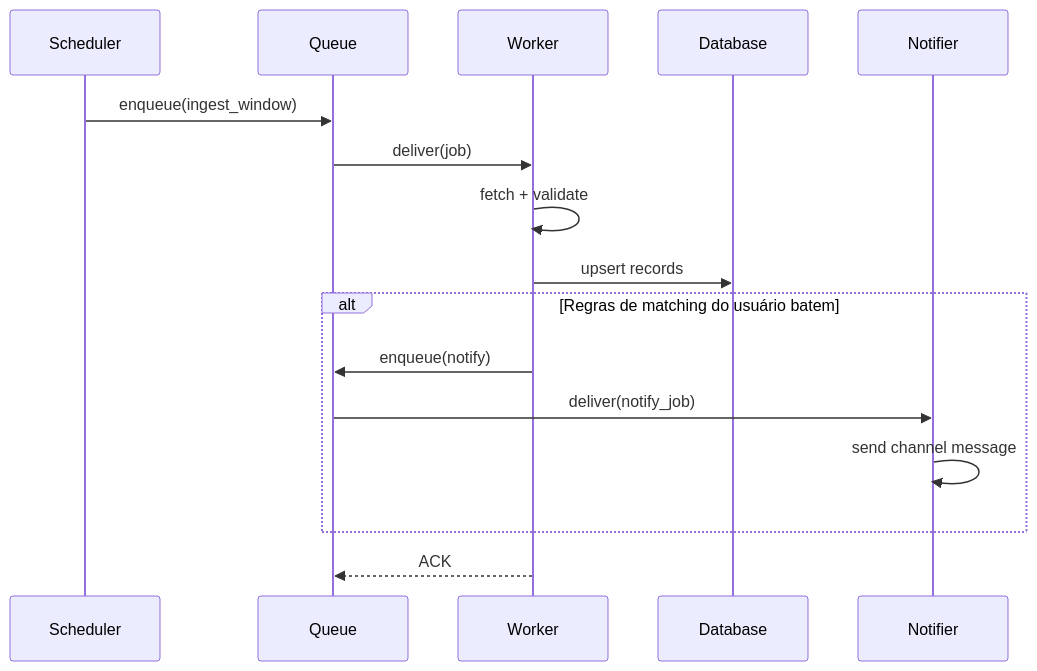
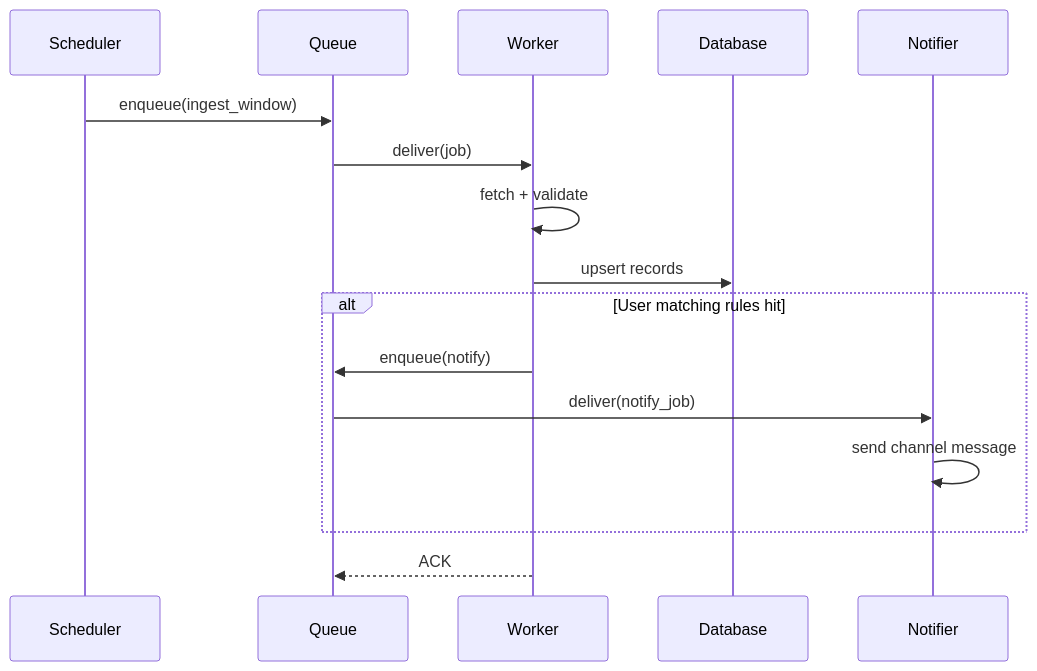
One commit to alissonf216/licitech-architecture-showcase changed the fifth of 8 diagrams in docs/ARCHITECTURE.md. Above: the diagram before and after it, drawn with Mermaid. The commit also changed other lines of this file and 36 other files, not shown here.

First line of the commit message:
Add Licitech architecture portfolio (EN + PT-BR)

````diff
--- a/docs/ARCHITECTURE.md
+++ b/docs/ARCHITECTURE.md
@@ -142,19 +144,19 @@
 ```mermaid
 sequenceDiagram
     participant S as Scheduler
     participant Q as Queue
     participant W as Worker
     participant DB as Database
     participant N as Notifier
 
     S->>Q: enqueue(ingest_window)
     Q->>W: deliver(job)
     W->>W: fetch + validate
     W->>DB: upsert records
-    alt Regras de matching do usuário batem
+    alt User matching rules hit
         W->>Q: enqueue(notify)
         Q->>N: deliver(notify_job)
         N->>N: send channel message
     end
     W-->>Q: ACK
 ```
````
